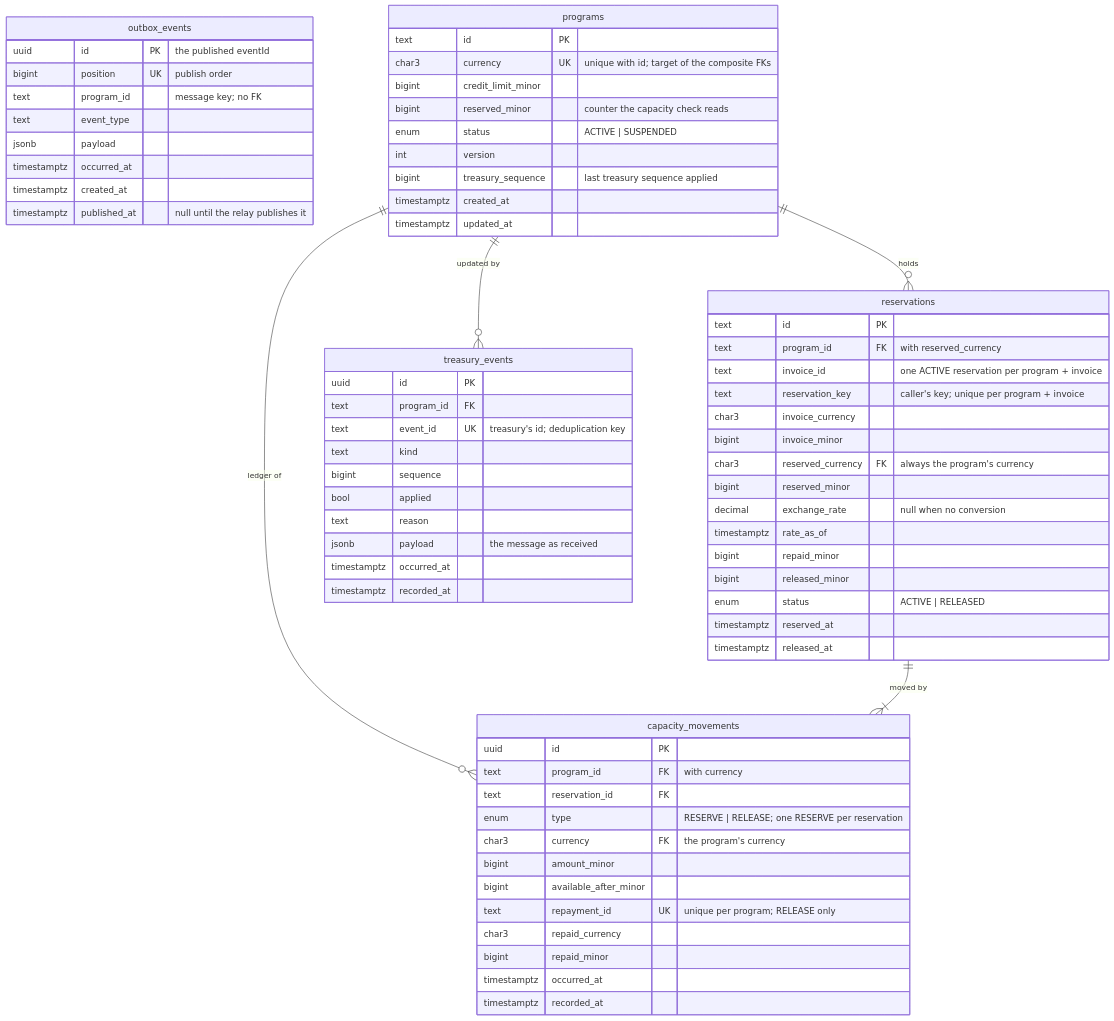
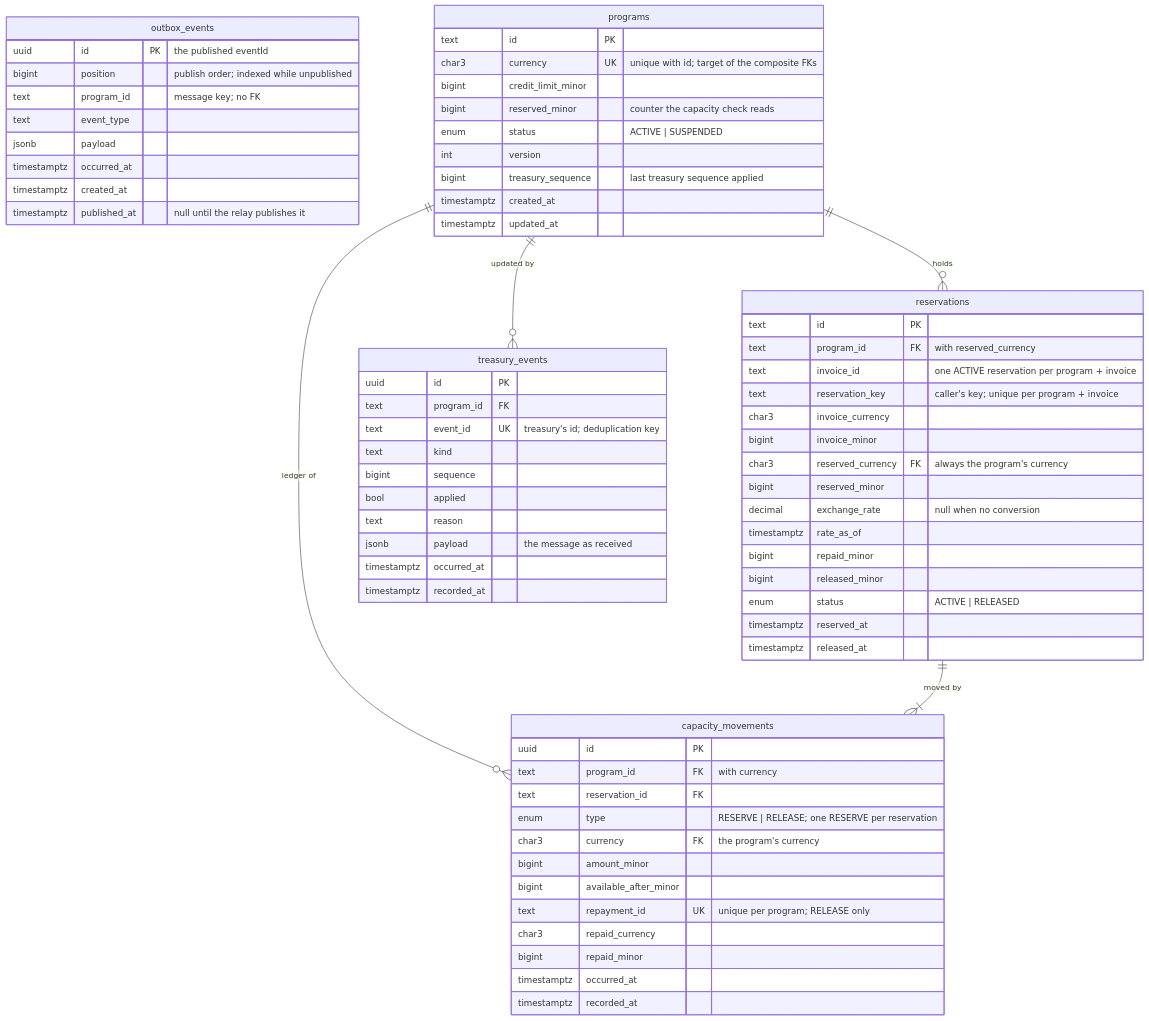
The diagram in docs/architecture.md (mikitavostry/Program-Capacity-Invoice-Reservation), drawn with Mermaid before and after one commit. The commit also changed 2 other files, not shown here.

Commit message:
perf(db): drop two redundant indexes
- reservations (program_id, invoice_id) repeated the leading columns of the
  unique index on (program_id, invoice_id, reservation_key), which already
  serves those lookups.
- outbox_events.position is unique by its sequence, and the relay reads it
  only through the partial index on unpublished rows.

Both were written on every insert and read by no query.

````diff
--- a/docs/architecture.md
+++ b/docs/architecture.md
@@ -262,73 +262,73 @@
 ```mermaid
 erDiagram
     outbox_events {
         uuid id PK "the published eventId"
-        bigint position UK "publish order"
+        bigint position "publish order; indexed while unpublished"
         text program_id "message key; no FK"
         text event_type
         jsonb payload
         timestamptz occurred_at
         timestamptz created_at
         timestamptz published_at "null until the relay publishes it"
     }
 
     programs ||--o{ reservations : "holds"
     programs ||--o{ capacity_movements : "ledger of"
     programs ||--o{ treasury_events : "updated by"
     reservations ||--|{ capacity_movements : "moved by"
 
     programs {
         text id PK
         char3 currency UK "unique with id; target of the composite FKs"
         bigint credit_limit_minor
         bigint reserved_minor "counter the capacity check reads"
         enum status "ACTIVE | SUSPENDED"
         int version
         bigint treasury_sequence "last treasury sequence applied"
         timestamptz created_at
         timestamptz updated_at
     }
     reservations {
         text id PK
         text program_id FK "with reserved_currency"
         text invoice_id "one ACTIVE reservation per program + invoice"
         text reservation_key "caller's key; unique per program + invoice"
         char3 invoice_currency
         bigint invoice_minor
         char3 reserved_currency FK "always the program's currency"
         bigint reserved_minor
         decimal exchange_rate "null when no conversion"
         timestamptz rate_as_of
         bigint repaid_minor
         bigint released_minor
         enum status "ACTIVE | RELEASED"
         timestamptz reserved_at
         timestamptz released_at
     }
     capacity_movements {
         uuid id PK
         text program_id FK "with currency"
         text reservation_id FK
         enum type "RESERVE | RELEASE; one RESERVE per reservation"
         char3 currency FK "the program's currency"
         bigint amount_minor
         bigint available_after_minor
         text repayment_id UK "unique per program; RELEASE only"
         char3 repaid_currency
         bigint repaid_minor
         timestamptz occurred_at
         timestamptz recorded_at
     }
     treasury_events {
         uuid id PK
         text program_id FK
         text event_id UK "treasury's id; deduplication key"
         text kind
         bigint sequence
         bool applied
         text reason
         jsonb payload "the message as received"
         timestamptz occurred_at
         timestamptz recorded_at
     }
 ```
````
